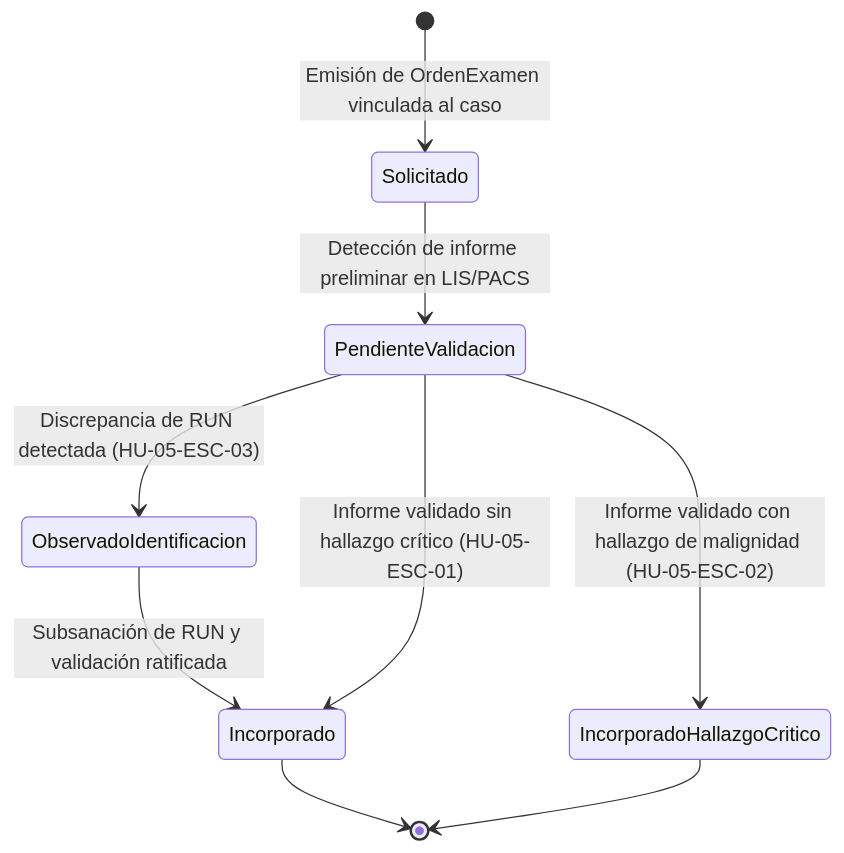
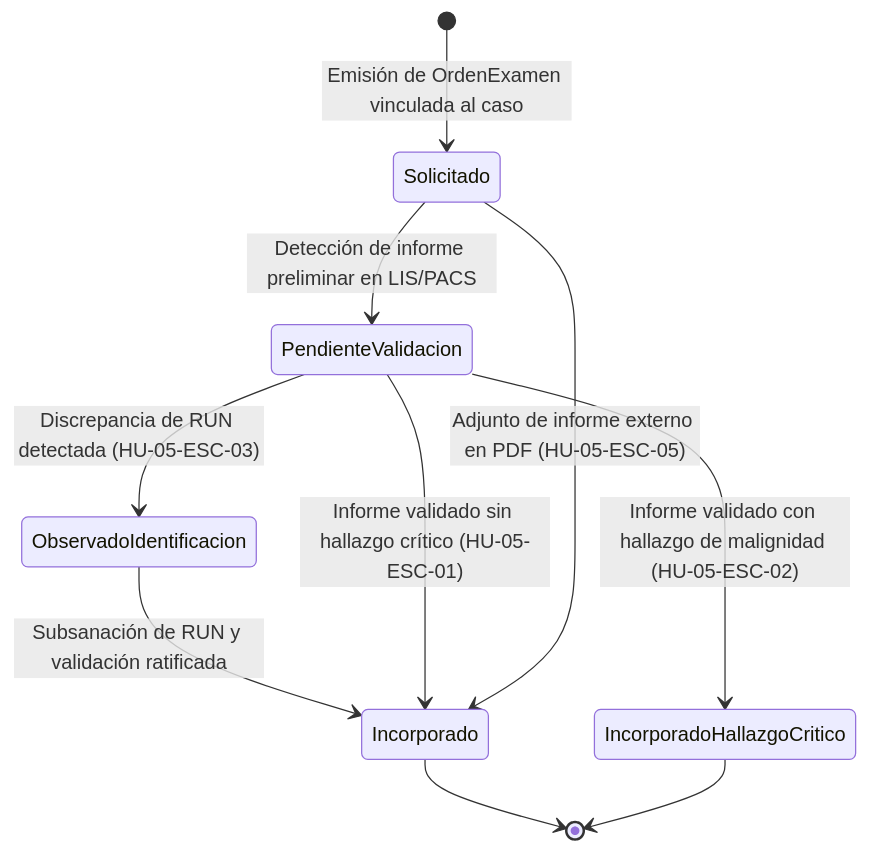
Before and after one commit to br1fz/OncoTrace: the second of 2 diagrams in Documentos/11-diagramas-estado.md, drawn with Mermaid. The commit also changed other lines of this file and 48 other files, not shown here.

````diff
--- a/Documentos/11-diagramas-estado.md
+++ b/Documentos/11-diagramas-estado.md
@@ -139,11 +142,12 @@
 ```mermaid
 stateDiagram-v2
   [*] --> Solicitado: Emisión de OrdenExamen vinculada al caso
   Solicitado --> PendienteValidacion: Detección de informe preliminar en LIS/PACS
   PendienteValidacion --> ObservadoIdentificacion: Discrepancia de RUN detectada (HU-05-ESC-03)
   ObservadoIdentificacion --> Incorporado: Subsanación de RUN y validación ratificada
   PendienteValidacion --> Incorporado: Informe validado sin hallazgo crítico (HU-05-ESC-01)
   PendienteValidacion --> IncorporadoHallazgoCritico: Informe validado con hallazgo de malignidad (HU-05-ESC-02)
+  Solicitado --> Incorporado: Adjunto de informe externo en PDF (HU-05-ESC-05)
   Incorporado --> [*]
   IncorporadoHallazgoCritico --> [*]
 ```
````
